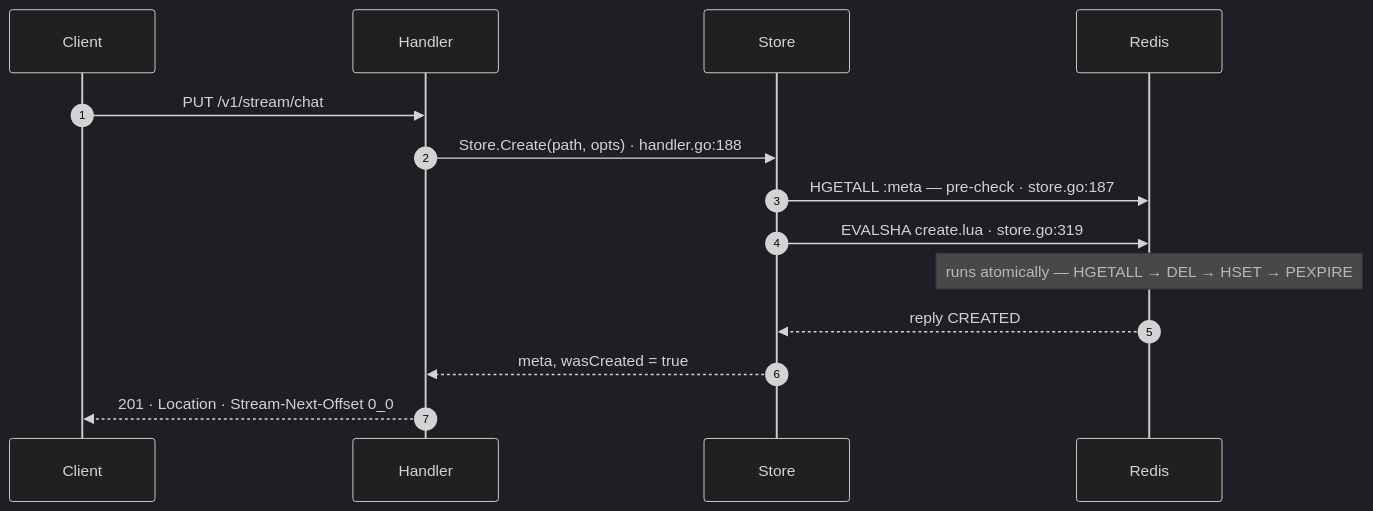
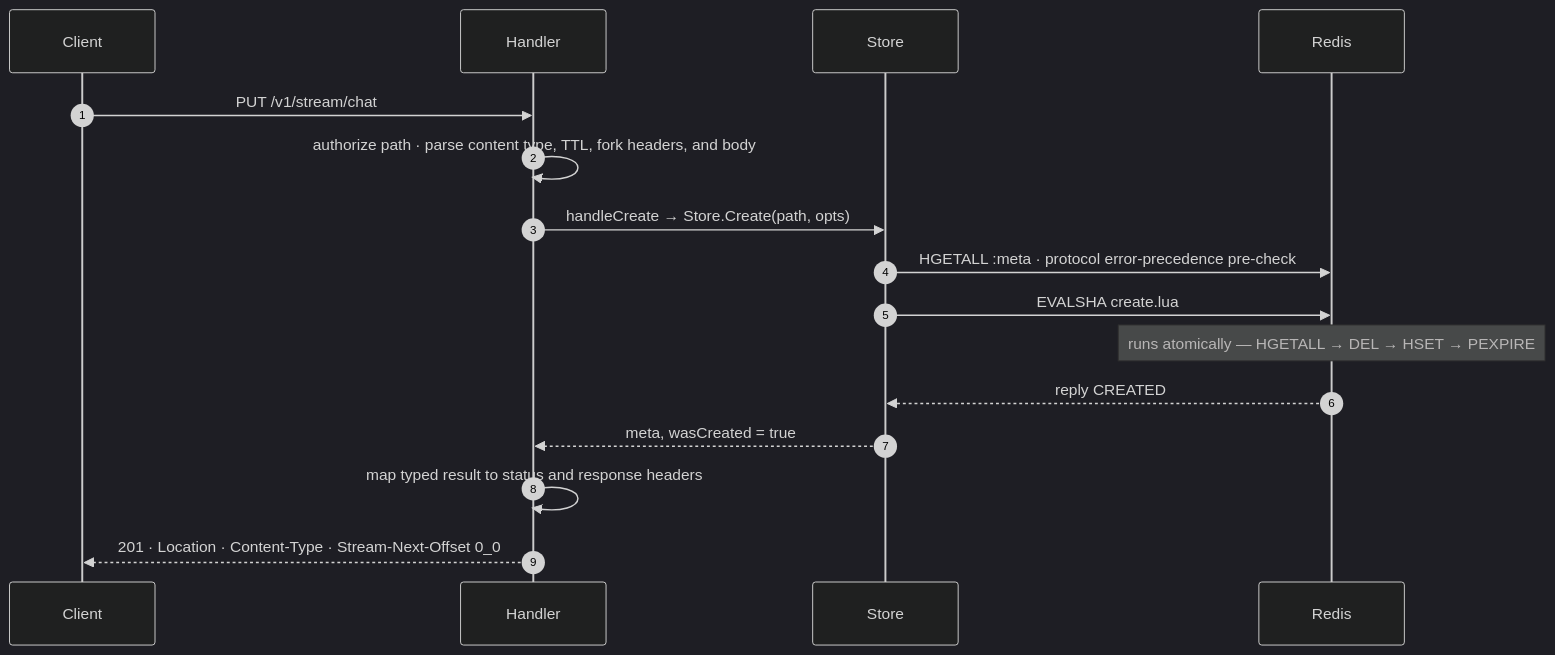
The diagram in docs-site/diagrams/seq-create.mmd (adityavkk/chronicle), drawn with Mermaid (dark theme) before and after one commit. The commit also changed 35 other files, not shown here.

```diff
--- a/docs-site/diagrams/seq-create.mmd
+++ b/docs-site/diagrams/seq-create.mmd
@@ -1,14 +1,16 @@
 sequenceDiagram
     autonumber
     participant C as Client
     participant H as Handler
     participant S as Store
     participant R as Redis
     C->>H: PUT /v1/stream/chat
-    H->>S: Store.Create(path, opts) · handler.go:188
-    S->>R: HGETALL :meta — pre-check · store.go:187
-    S->>R: EVALSHA create.lua · store.go:319
+    H->>H: authorize path · parse content type, TTL, fork headers, and body
+    H->>S: handleCreate → Store.Create(path, opts)
+    S->>R: HGETALL :meta · protocol error-precedence pre-check
+    S->>R: EVALSHA create.lua
     Note over R: runs atomically — HGETALL → DEL → HSET → PEXPIRE
     R-->>S: reply CREATED
     S-->>H: meta, wasCreated = true
-    H-->>C: 201 · Location · Stream-Next-Offset 0_0
+    H->>H: map typed result to status and response headers
+    H-->>C: 201 · Location · Content-Type · Stream-Next-Offset 0_0
```
